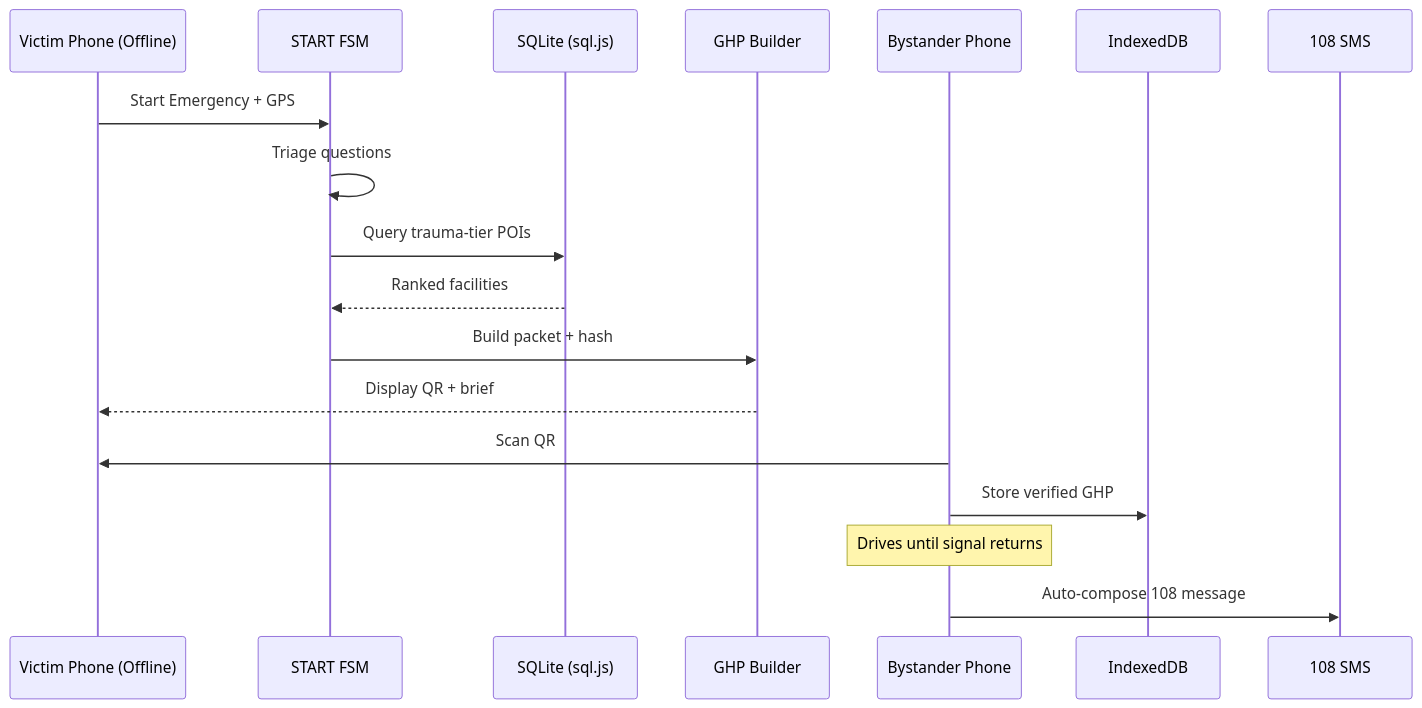
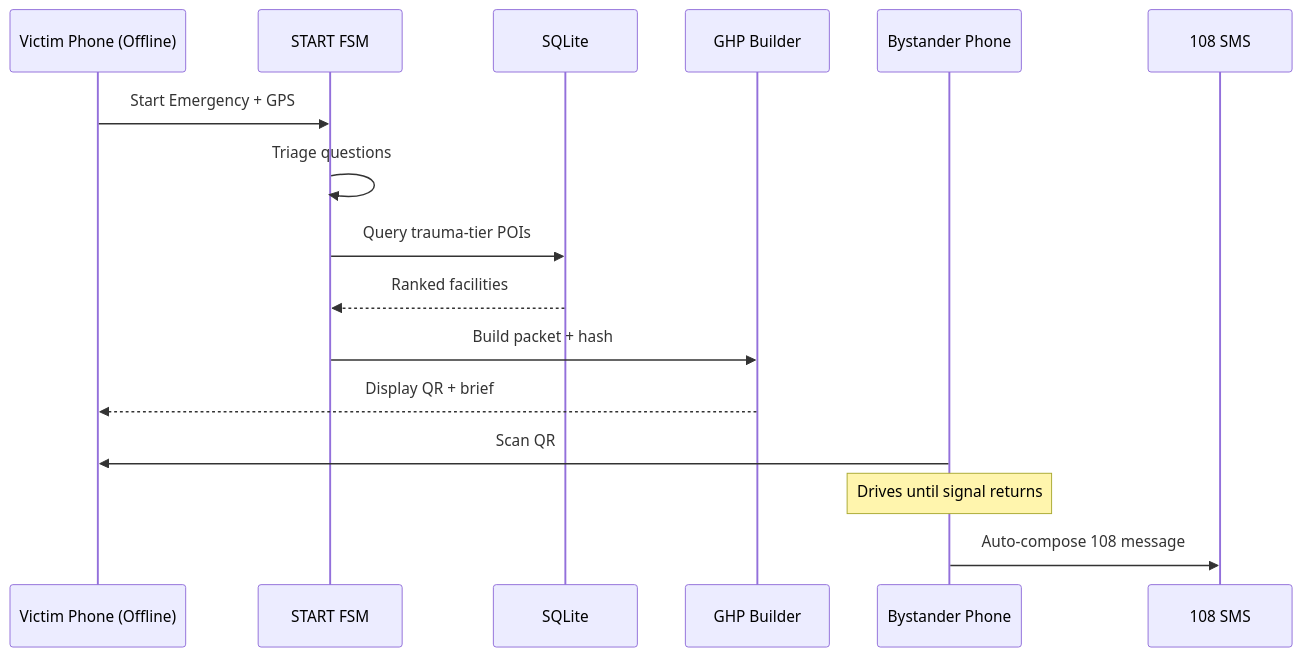
Before and after one commit to Stormynubee/novadrive: the seventh of 7 diagrams in docs/MARGI_MASTER_BRIEF.md, drawn with Mermaid. The commit also changed other lines of this file and 38 other files, not shown here.

````diff
--- a/docs/MARGI_MASTER_BRIEF.md
+++ b/docs/MARGI_MASTER_BRIEF.md
@@ -1044,21 +943,18 @@
 ```mermaid
 sequenceDiagram
     participant V as Victim Phone (Offline)
     participant FSM as START FSM
-    participant DB as SQLite (sql.js)
+    participant DB as SQLite
     participant GHP as GHP Builder
     participant B as Bystander Phone
-    participant IDB as IndexedDB
     participant SMS as 108 SMS
-
     V->>FSM: Start Emergency + GPS
     FSM->>FSM: Triage questions
     FSM->>DB: Query trauma-tier POIs
     DB-->>FSM: Ranked facilities
     FSM->>GHP: Build packet + hash
     GHP-->>V: Display QR + brief
     B->>V: Scan QR
-    B->>IDB: Store verified GHP
     Note over B: Drives until signal returns
     B->>SMS: Auto-compose 108 message
 ```
````
